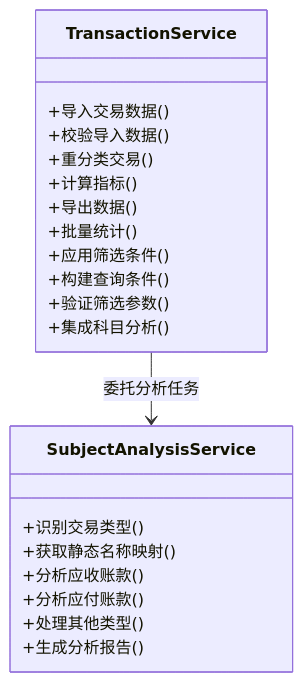
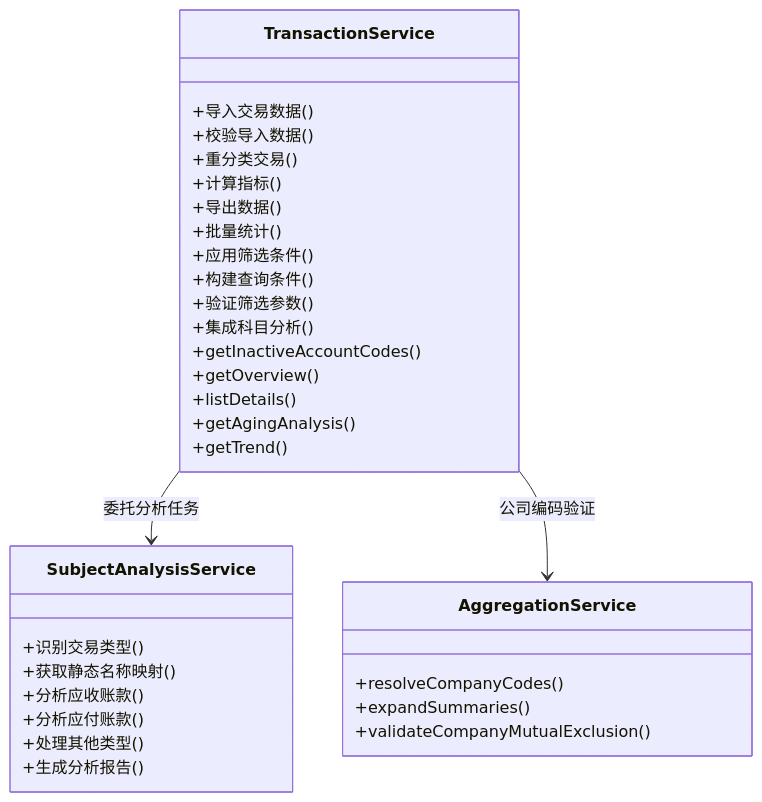
Before and after one commit to Damao997/newproject: the fourth of 10 diagrams in .qoder/repowiki/zh/content/核心模块/交易分析模块.md, drawn with Mermaid. The commit also changed other lines of this file and 22 other files, not shown here.

````diff
--- a/.qoder/repowiki/zh/content/核心模块/交易分析模块.md
+++ b/.qoder/repowiki/zh/content/核心模块/交易分析模块.md
@@ -232,24 +248,35 @@
 ```mermaid
 classDiagram
 class TransactionService {
 +导入交易数据()
 +校验导入数据()
 +重分类交易()
 +计算指标()
 +导出数据()
 +批量统计()
 +应用筛选条件()
 +构建查询条件()
 +验证筛选参数()
 +集成科目分析()
++getInactiveAccountCodes()
++getOverview()
++listDetails()
++getAgingAnalysis()
++getTrend()
 }
 class SubjectAnalysisService {
 +识别交易类型()
 +获取静态名称映射()
 +分析应收账款()
 +分析应付账款()
 +处理其他类型()
 +生成分析报告()
 }
+class AggregationService {
++resolveCompanyCodes()
++expandSummaries()
++validateCompanyMutualExclusion()
+}
 TransactionService --> SubjectAnalysisService : 委托分析任务
+TransactionService --> AggregationService : 公司编码验证
 ```
````
